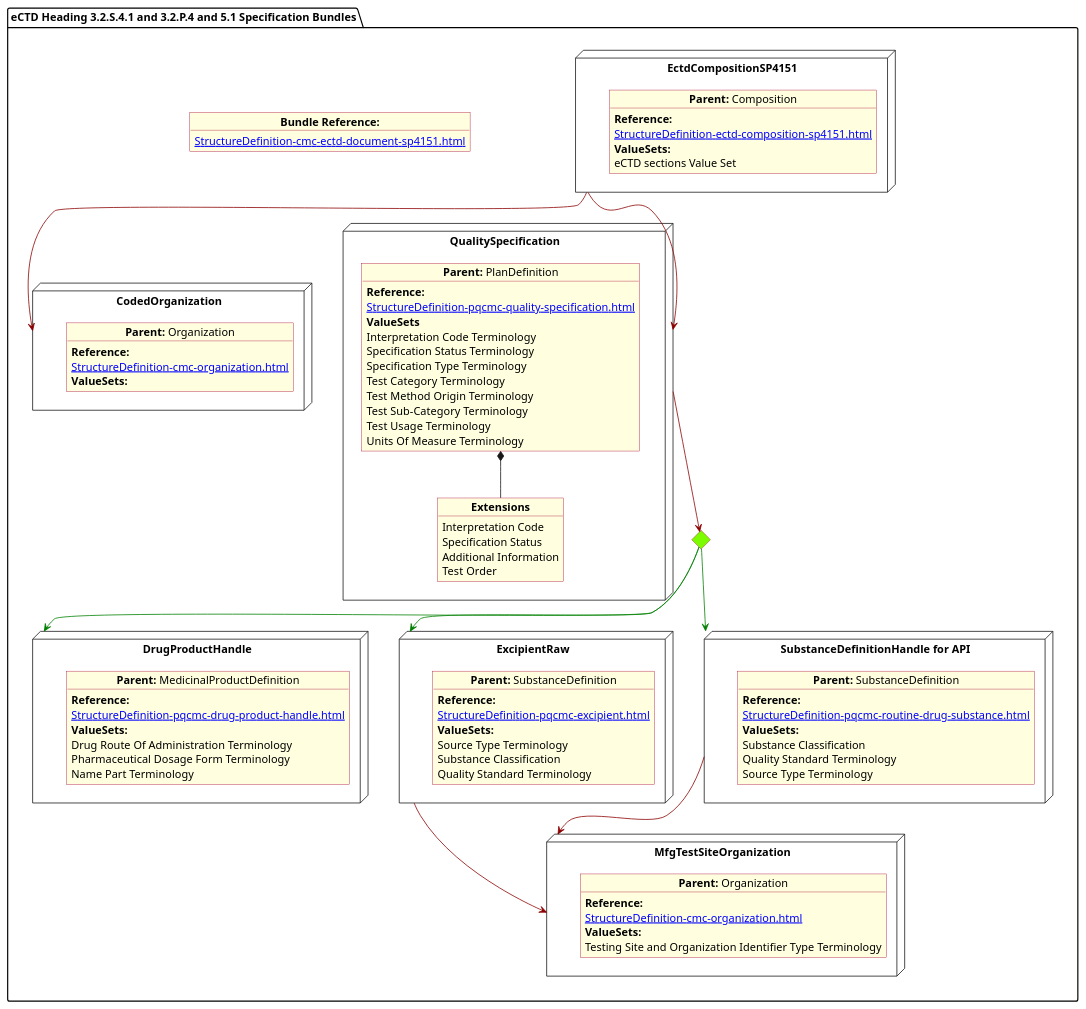
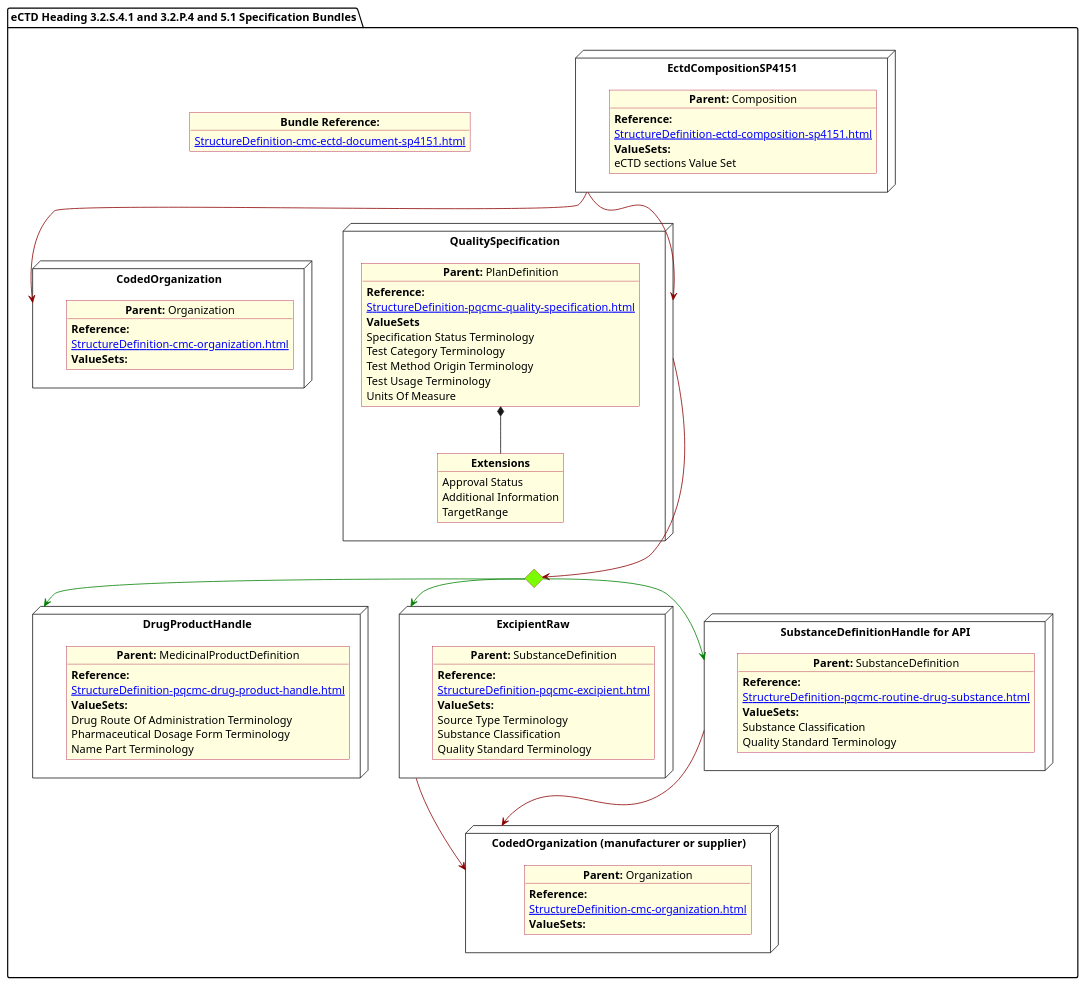
One commit to HL7/FHIR-us-pq-cmc-fda changed the diagram in input/images-source/Specification.plantuml. Above: the diagram before and after it, drawn with PlantUML. The commit also changed 17 other files, not shown here.

```diff
--- a/input/images-source/Specification.plantuml
+++ b/input/images-source/Specification.plantuml
@@ -1,113 +1,109 @@
 @startuml Specification
 allowmixing
 'Mixed model of use case and object
 skinparam svgDimensionStyle false
 skinparam ObjectBackgroundColor LightYellow
 skinparam ObjectBorderColor #A80036
 skinparam activityDiamondBorderColor #A80036
 skinparam activityDiamondBackgroundColor lawnGreen
 skinparam ClassBorderThickness 4
 
 package "eCTD Heading 3.2.S.4.1 and 3.2.P.4 and 5.1 Specification Bundles" as NODES {
   object "**Bundle Reference:**" as objbun {
     [[StructureDefinition-cmc-ectd-document-sp4151.html]]
   }
+  node "CodedOrganization" as NMSpon {
 
+    object "**Parent:** Organization" as objDP {
+      **Reference:**
+      [[StructureDefinition-cmc-organization.html]]
+      **ValueSets:**
+    }
+  }
   node "DrugProductHandle" as NN {
 
     object "**Parent:** MedicinalProductDefinition" as obj3 {
       **Reference:**
       [[StructureDefinition-pqcmc-drug-product-handle.html]]
       **ValueSets:**
       Drug Route Of Administration Terminology
       Pharmaceutical Dosage Form Terminology
       Name Part Terminology
     }
   }
   node "ExcipientRaw" as N21 {
 
     object "**Parent:** SubstanceDefinition" as obj22 {
       **Reference:**
       [[StructureDefinition-pqcmc-excipient.html]]
       **ValueSets:**
       Source Type Terminology
       Substance Classification
       Quality Standard Terminology
-    }
-  }
-  node "MfgTestSiteOrganization" as N21mfg {
-
-    object "**Parent:** Organization" as objTS  {
-      **Reference:**
-      [[StructureDefinition-cmc-organization.html]]
-      **ValueSets:**
-      Testing Site and Organization Identifier Type Terminology
+      
     }
   }
 
   node "EctdCompositionSP4151" as N1 {
 
     object "**Parent:** Composition" as obj1 {
       **Reference:**
       [[StructureDefinition-ectd-composition-sp4151.html]]
       **ValueSets:**
       eCTD sections Value Set
     }
   }
-  node "CodedOrganization" as NMSpon {
 
-    object "**Parent:** Organization" as objDP {
-      **Reference:**
-      [[StructureDefinition-cmc-organization.html]]
-      **ValueSets:**
-    }
-  }
 
   node "SubstanceDefinitionHandle for API" as NNS {
 
     object "**Parent:** SubstanceDefinition" as obj4 {
       **Reference:**
       [[StructureDefinition-pqcmc-routine-drug-substance.html]]
       **ValueSets:**
       Substance Classification
       Quality Standard Terminology
-      Source Type Terminology
     }
   }
 
   diamond CH
 
   node "QualitySpecification" as N2 {
 
     object "**Parent:** PlanDefinition" as obj2 {
       **Reference:**
       [[StructureDefinition-pqcmc-quality-specification.html]]
       **ValueSets**
-      Interpretation Code Terminology
       Specification Status Terminology
-      Specification Type Terminology
       Test Category Terminology
       Test Method Origin Terminology
-      Test Sub-Category Terminology
       Test Usage Terminology
-      Units Of Measure Terminology
+      Units Of Measure
     }
     object "**Extensions**" as objQSEx {
-      Interpretation Code
-      Specification Status
+      Approval Status
       Additional Information
-      Test Order
+      TargetRange
     }
     obj2 *-- objQSEx
   }
 
+    node "CodedOrganization (manufacturer or supplier)" as NMSpon2 {
+
+    object "**Parent:** Organization" as objDP2 {
+      **Reference:**
+      [[StructureDefinition-cmc-organization.html]]
+      **ValueSets:**
+    }
+  }
+  N1 -[#darkred]-> N2
   N1 -[#darkred]-> NMSpon
-  N1 -[#darkred]-> N2
-  N2 -[#darkred]-> CH
+
+  N2 -[#darkred]--> CH
   CH -[#green]-> N21
   CH -[#green]-> NNS
   CH -[#green]-> NN
-  NNS -[#darkred]-> N21mfg
-  N21 -[#darkred]-> N21mfg
+  NNS -[#darkred]--> NMSpon2
+  N21 -[#darkred]--> NMSpon2
 }
 @enduml
```
